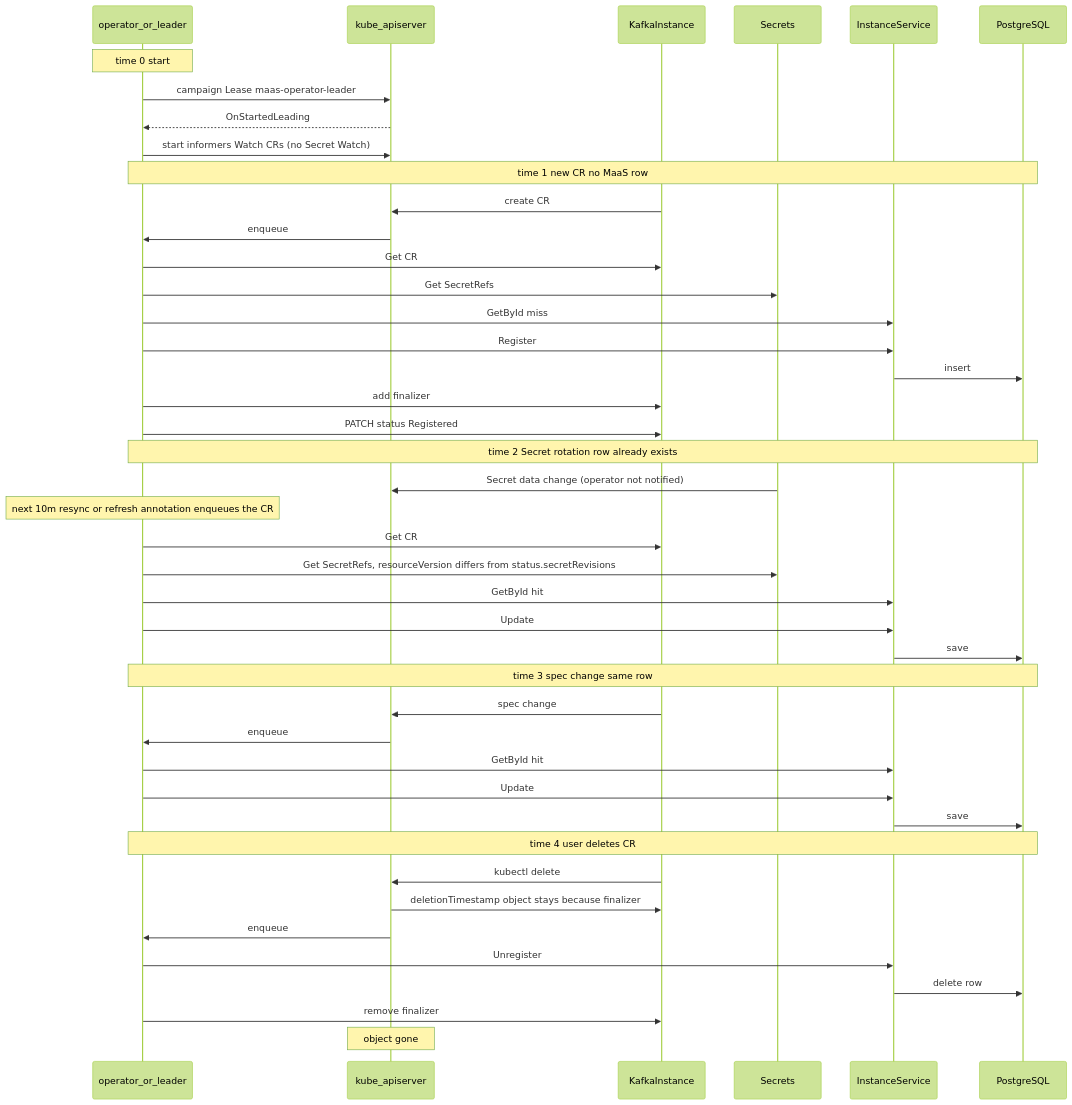
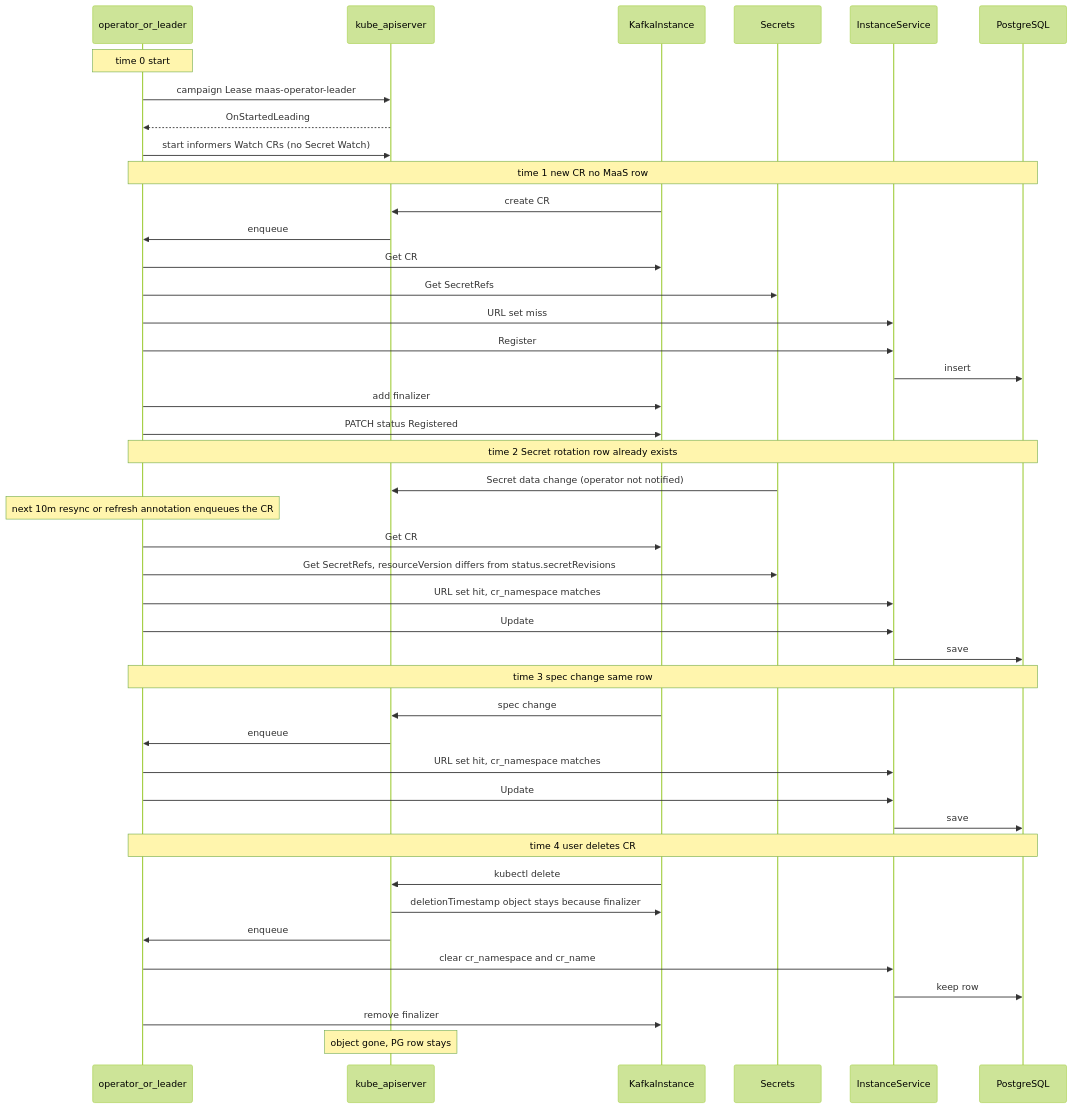
Before and after one commit to Netcracker/qubership-maas: diagram 11 of 13 in docs/operator_design.md, drawn with Mermaid (forest theme). The commit also changed other lines of this file and 9 other files, not shown here.

````diff
--- a/docs/operator_design.md
+++ b/docs/operator_design.md
@@ -1259,50 +1278,50 @@
 ```mermaid
 sequenceDiagram
   participant Pod as operator_or_leader
   participant API as kube_apiserver
   participant CR as KafkaInstance
   participant Sec as Secrets
   participant Svc as InstanceService
   participant DB as PostgreSQL
 
   Note over Pod: time 0 start
   Pod->>API: campaign Lease maas-operator-leader
   API-->>Pod: OnStartedLeading
   Pod->>API: start informers Watch CRs (no Secret Watch)
 
   Note over Pod,DB: time 1 new CR no MaaS row
   CR->>API: create CR
   API->>Pod: enqueue
   Pod->>CR: Get CR
   Pod->>Sec: Get SecretRefs
-  Pod->>Svc: GetById miss
+  Pod->>Svc: URL set miss
   Pod->>Svc: Register
   Svc->>DB: insert
   Pod->>CR: add finalizer
   Pod->>CR: PATCH status Registered
 
   Note over Pod,DB: time 2 Secret rotation row already exists
   Sec->>API: Secret data change (operator not notified)
   Note over Pod: next 10m resync or refresh annotation enqueues the CR
   Pod->>CR: Get CR
   Pod->>Sec: Get SecretRefs, resourceVersion differs from status.secretRevisions
-  Pod->>Svc: GetById hit
+  Pod->>Svc: URL set hit, cr_namespace matches
   Pod->>Svc: Update
   Svc->>DB: save
 
   Note over Pod,DB: time 3 spec change same row
   CR->>API: spec change
   API->>Pod: enqueue
-  Pod->>Svc: GetById hit
+  Pod->>Svc: URL set hit, cr_namespace matches
   Pod->>Svc: Update
   Svc->>DB: save
 
   Note over Pod,DB: time 4 user deletes CR
   CR->>API: kubectl delete
   API->>CR: deletionTimestamp object stays because finalizer
   API->>Pod: enqueue
-  Pod->>Svc: Unregister
-  Svc->>DB: delete row
+  Pod->>Svc: clear cr_namespace and cr_name
+  Svc->>DB: keep row
   Pod->>CR: remove finalizer
-  Note over API: object gone
+  Note over API: object gone, PG row stays
 ```
````
